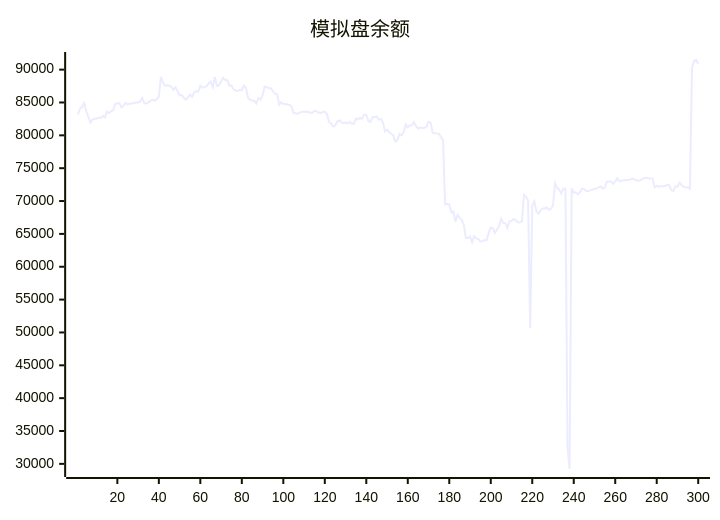
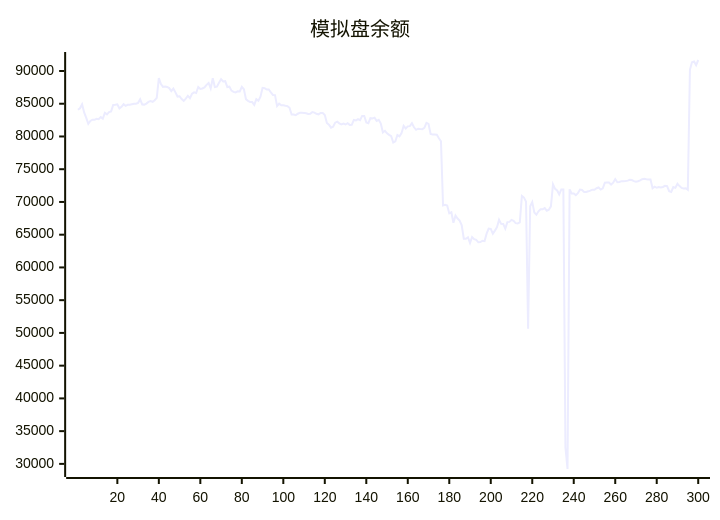
One commit to aahl/ai-trading changed the diagram in README.md. Above: the diagram before and after it, drawn with Mermaid. The commit also changed other lines of this file and 1 other file, not shown here.

````diff
--- a/README.md
+++ b/README.md
@@ -5,5 +5,5 @@
 ```mermaid
 xychart
     title "模拟盘余额"
-    line [83157,84070,84309,84922,83667,82850,81924,82369,82552,82539,82695,82648,82962,82728,83619,83378,83710,83825,84819,84854,84917,84265,84527,84919,84668,84834,84850,84916,84981,85004,85131,85674,84891,84864,85019,85284,85393,85294,85538,85894,88904,88012,87567,87625,87568,87386,86920,87313,86737,86094,86143,85725,85437,85787,86219,85859,86526,86740,86630,87563,87264,87335,87483,87886,88180,87335,88894,87544,87608,88207,88755,88401,88444,87543,87608,87000,86810,86740,86894,86884,87576,87209,85686,85435,85251,85255,84820,85689,85453,86066,87420,87373,87161,87178,86740,86341,86315,84643,85012,84772,84768,84690,84635,84376,83360,83357,83259,83474,83608,83606,83602,83548,83440,83454,83724,83644,83464,83365,83590,83592,83275,82072,81806,81344,81492,82109,82254,82006,81848,81955,81829,82022,81769,81776,82522,82441,82656,82498,83144,83144,82150,82038,82797,82763,82872,82367,82536,81981,80612,80862,80484,80242,80034,79063,79245,80226,80016,80507,81625,81233,81544,81578,82016,81401,81019,81186,81130,81118,81306,82066,81909,80392,80304,80291,80258,79729,79261,69466,69579,69456,68251,68415,66832,67911,67462,67144,66432,64380,64375,64606,63740,64647,64324,64216,63842,63877,64078,64008,65156,65945,65888,65157,65625,66144,67284,66653,66639,65924,66925,66956,67263,67108,66766,66729,66886,70927,70673,70049,50652,69334,69973,68400,68061,68578,68876,68879,69055,68662,68822,69329,72687,71999,71760,71162,71911,71896,32500,29218,71927,71297,71305,71044,71337,71883,71822,71536,71536,71622,71723,71880,71860,72100,72216,71887,72077,72940,72976,72966,72638,72948,73497,73004,73041,73173,73160,73186,73258,73375,73351,73173,73098,73161,73305,73474,73536,73457,73413,73412,72100,72333,72164,72272,72204,72285,72461,72421,71652,71521,72267,72157,72774,72424,72144,72060,72091,71858,90185,91338,91466,90900]
+    line [84070,84309,84922,83667,82850,81924,82369,82552,82539,82695,82648,82962,82728,83619,83378,83710,83825,84819,84854,84917,84265,84527,84919,84668,84834,84850,84916,84981,85004,85131,85674,84891,84864,85019,85284,85393,85294,85538,85894,88904,88012,87567,87625,87568,87386,86920,87313,86737,86094,86143,85725,85437,85787,86219,85859,86526,86740,86630,87563,87264,87335,87483,87886,88180,87335,88894,87544,87608,88207,88755,88401,88444,87543,87608,87000,86810,86740,86894,86884,87576,87209,85686,85435,85251,85255,84820,85689,85453,86066,87420,87373,87161,87178,86740,86341,86315,84643,85012,84772,84768,84690,84635,84376,83360,83357,83259,83474,83608,83606,83602,83548,83440,83454,83724,83644,83464,83365,83590,83592,83275,82072,81806,81344,81492,82109,82254,82006,81848,81955,81829,82022,81769,81776,82522,82441,82656,82498,83144,83144,82150,82038,82797,82763,82872,82367,82536,81981,80612,80862,80484,80242,80034,79063,79245,80226,80016,80507,81625,81233,81544,81578,82016,81401,81019,81186,81130,81118,81306,82066,81909,80392,80304,80291,80258,79729,79261,69466,69579,69456,68251,68415,66832,67911,67462,67144,66432,64380,64375,64606,63740,64647,64324,64216,63842,63877,64078,64008,65156,65945,65888,65157,65625,66144,67284,66653,66639,65924,66925,66956,67263,67108,66766,66729,66886,70927,70673,70049,50652,69334,69973,68400,68061,68578,68876,68879,69055,68662,68822,69329,72687,71999,71760,71162,71911,71896,32500,29218,71927,71297,71305,71044,71337,71883,71822,71536,71536,71622,71723,71880,71860,72100,72216,71887,72077,72940,72976,72966,72638,72948,73497,73004,73041,73173,73160,73186,73258,73375,73351,73173,73098,73161,73305,73474,73536,73457,73413,73412,72100,72333,72164,72272,72204,72285,72461,72421,71652,71521,72267,72157,72774,72424,72144,72060,72091,71858,90185,91338,91466,90900,91678]
 ```
````
